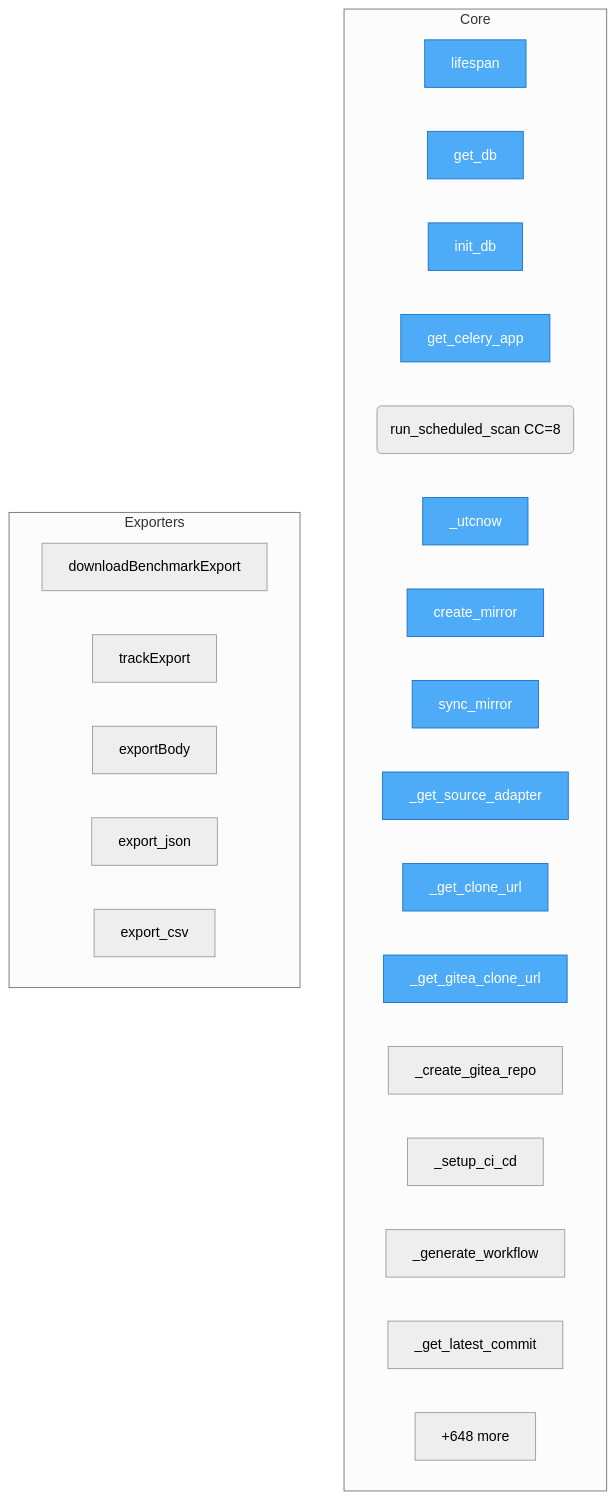
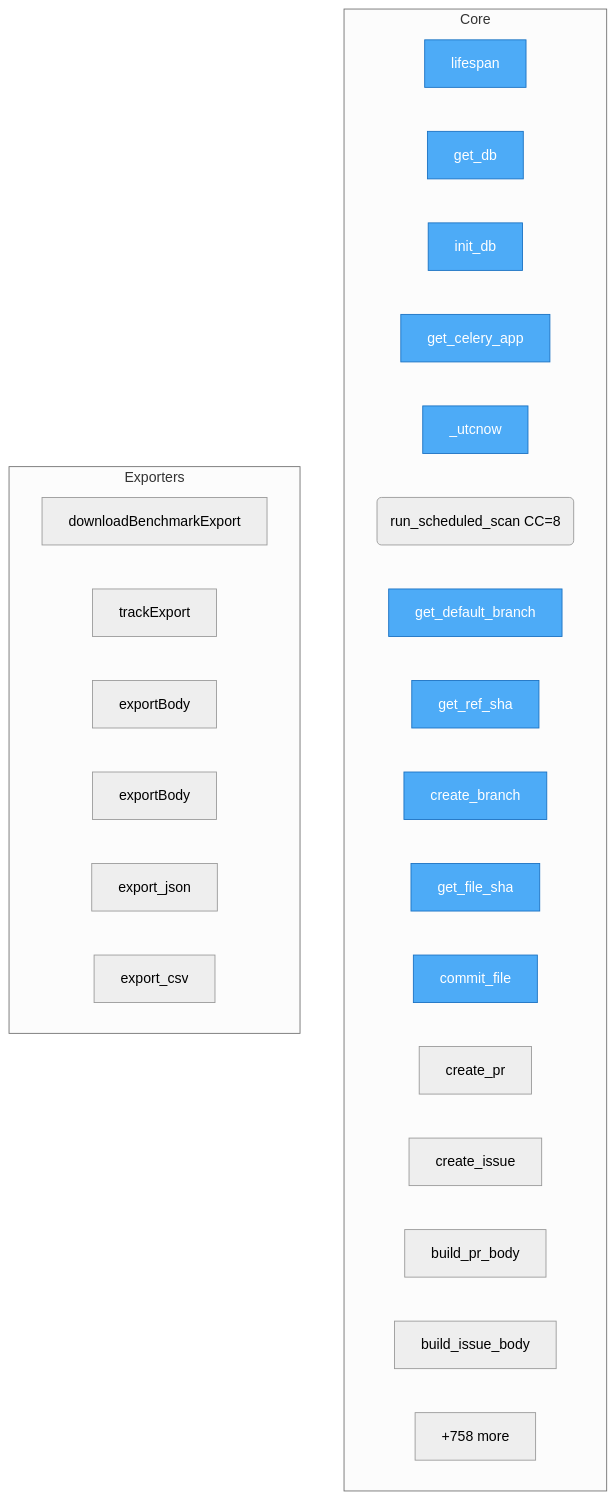
The diagram in project/flow.mmd (semcod/www), drawn with Mermaid (neutral theme) before and after one commit. The commit also changed 64 other files, not shown here.

```diff
--- a/project/flow.mmd
+++ b/project/flow.mmd
@@ -1,33 +1,34 @@
 flowchart TD
 
     %% Entry points (blue)
     classDef entry fill:#4dabf7,stroke:#1971c2,color:#fff
 
     subgraph Core
         backend__server__lifespan["lifespan"]
         backend__db_session__get_db["get_db"]
         backend__db_session__init_db["init_db"]
         backend__worker__get_celery_app["get_celery_app"]
+        backend__db_models___utcnow["_utcnow"]
         backend__scheduler__scan_job__run_scheduled_scan("run_scheduled_scan CC=8")
-        backend__db_models___utcnow["_utcnow"]
-        backend__services__mirror__MirrorService__create_mirror["create_mirror"]
-        backend__services__mirror__MirrorService__sync_mirror["sync_mirror"]
-        backend__services__mirror__MirrorService___get_source_adapter["_get_source_adapter"]
-        backend__services__mirror__MirrorService___get_clone_url["_get_clone_url"]
-        backend__services__mirror__MirrorService___get_gitea_clone_url["_get_gitea_clone_url"]
-        backend__services__mirror__MirrorService___create_gitea_repo["_create_gitea_repo"]
-        backend__services__mirror__MirrorService___setup_ci_cd["_setup_ci_cd"]
-        backend__services__mirror__MirrorService___generate_workflow["_generate_workflow"]
-        backend__services__mirror__MirrorService___get_latest_commit["_get_latest_commit"]
-        ...["+648 more"]
+        backend__services__autopr_helpers__BranchManager__get_default_branch["get_default_branch"]
+        backend__services__autopr_helpers__BranchManager__get_ref_sha["get_ref_sha"]
+        backend__services__autopr_helpers__BranchManager__create_branch["create_branch"]
+        backend__services__autopr_helpers__PatchApplier__get_file_sha["get_file_sha"]
+        backend__services__autopr_helpers__PatchApplier__commit_file["commit_file"]
+        backend__services__autopr_helpers__PRCreator__create_pr["create_pr"]
+        backend__services__autopr_helpers__PRCreator__create_issue["create_issue"]
+        backend__services__autopr_helpers__PRCreator__build_pr_body["build_pr_body"]
+        backend__services__autopr_helpers__PRCreator__build_issue_body["build_issue_body"]
+        ...["+758 more"]
     end
 
     subgraph Exporters
         frontend__src__api__downloadBenchmarkExport["downloadBenchmarkExport"]
         frontend__src__hooks__useBenchmarkTracking__trackExport["trackExport"]
         frontend__e2e__benchmark__spec__exportBody["exportBody"]
+        frontend__e2e__system_integration__spec__exportBody["exportBody"]
         backend__routers__benchmark__export_json["export_json"]
         backend__routers__benchmark__export_csv["export_csv"]
     end
 
-    class backend__server__lifespan,backend__db_session__get_db,backend__db_session__init_db,backend__worker__get_celery_app,backend__db_models___utcnow,backend__services__mirror__MirrorService__create_mirror,backend__services__mirror__MirrorService__sync_mirror,backend__services__mirror__MirrorService___get_source_adapter,backend__services__mirror__MirrorService___get_clone_url,backend__services__mirror__MirrorService___get_gitea_clone_url entry
+    class backend__server__lifespan,backend__db_session__get_db,backend__db_session__init_db,backend__worker__get_celery_app,backend__db_models___utcnow,backend__services__autopr_helpers__BranchManager__get_default_branch,backend__services__autopr_helpers__BranchManager__get_ref_sha,backend__services__autopr_helpers__BranchManager__create_branch,backend__services__autopr_helpers__PatchApplier__get_file_sha,backend__services__autopr_helpers__PatchApplier__commit_file entry
```
